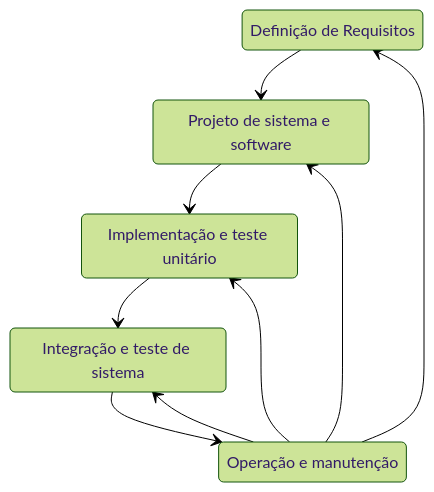
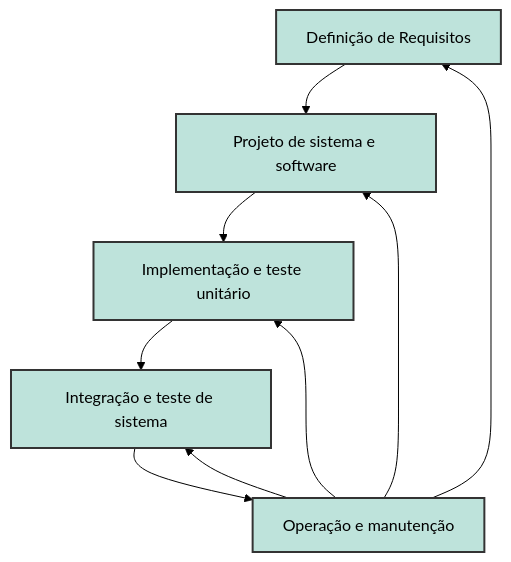
The first of 8 diagrams in capitulos/PROCESSO_DE_SOFTWARE.md (henryzord/softwareEngineering), drawn with Mermaid (forest theme) before and after one commit. The commit also changed other lines of this file, not shown here.

Commit message:
changed colors

````diff
--- a/capitulos/PROCESSO_DE_SOFTWARE.md
+++ b/capitulos/PROCESSO_DE_SOFTWARE.md
@@ -22,17 +22,23 @@
 ```mermaid
-stateDiagram-v2
-    A: Definição de Requisitos
-    B: Projeto de sistema e software
-    C: Implementação e teste unitário
-    D: Integração e teste de sistema
-    E: Operação e manutenção
+flowchart TD
+    style A fill:#BEE3DB,stroke:#333,stroke-width:2px
+    style B fill:#BEE3DB,stroke:#333,stroke-width:2px
+    style C fill:#BEE3DB,stroke:#333,stroke-width:2px
+    style D fill:#BEE3DB,stroke:#333,stroke-width:2px
+    style E fill:#BEE3DB,stroke:#333,stroke-width:2px    
+    
+    A["Definição de Requisitos"]
+    B["Projeto de sistema e software"]
+    C["Implementação e teste unitário"]
+    D["Integração e teste de sistema"]
+    E["Operação e manutenção"]
 
     A --> B
     B --> C
     C --> D
     D --> E
     E --> A
     E --> B
     E --> C
     E --> D
 ```
````
